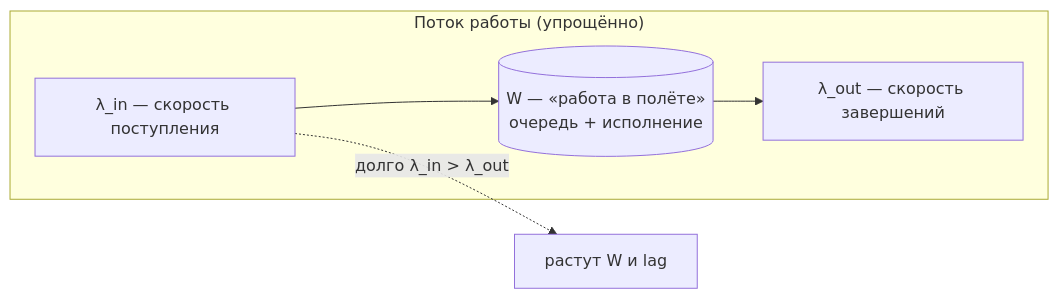
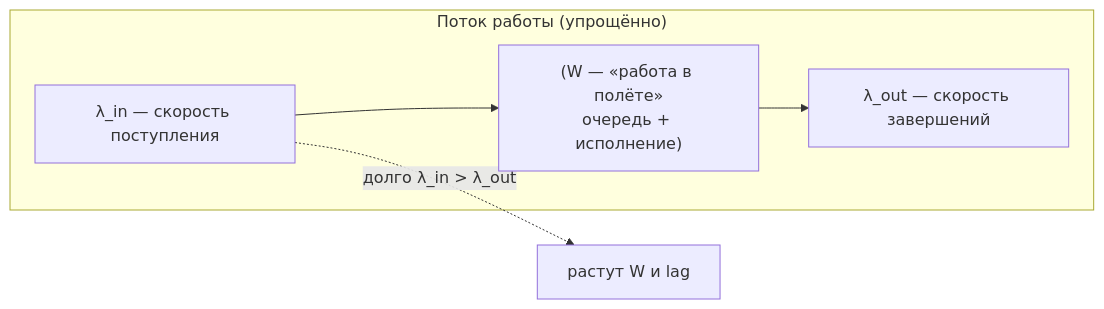
One commit to DDoSKudya/ai-study-atlas changed the third of 4 diagrams in directions/services/celery/pact/16_proizvoditelnost_throughput_i_masshtabirovanie/15_16_16_6_borba_s_backlog.md. Above: the diagram before and after it, drawn with Mermaid. The commit also changed other lines of this file and 322 other files, not shown here.

Commit message:
fix(docs): make mermaid diagrams GitHub-compatible across directions content

````diff
--- a/directions/services/celery/pact/16_proizvoditelnost_throughput_i_masshtabirovanie/15_16_16_6_borba_s_backlog.md
+++ b/directions/services/celery/pact/16_proizvoditelnost_throughput_i_masshtabirovanie/15_16_16_6_borba_s_backlog.md
@@ -127,11 +127,11 @@
 ```mermaid
 flowchart LR
   subgraph balance["Поток работы (упрощённо)"]
     LI["λ_in — скорость поступления"]
-    Q[(W — «работа в полёте»<br/>очередь + исполнение)]
+    Q["(W — «работа в полёте»<br/>очередь + исполнение)"]
     LO["λ_out — скорость завершений"]
   end
   LI --> Q
   Q --> LO
-  LI -.->|долго λ_in > λ_out| G[растут W и lag]
+  LI -.->|долго λ_in > λ_out| G["растут W и lag"]
 ```
````
